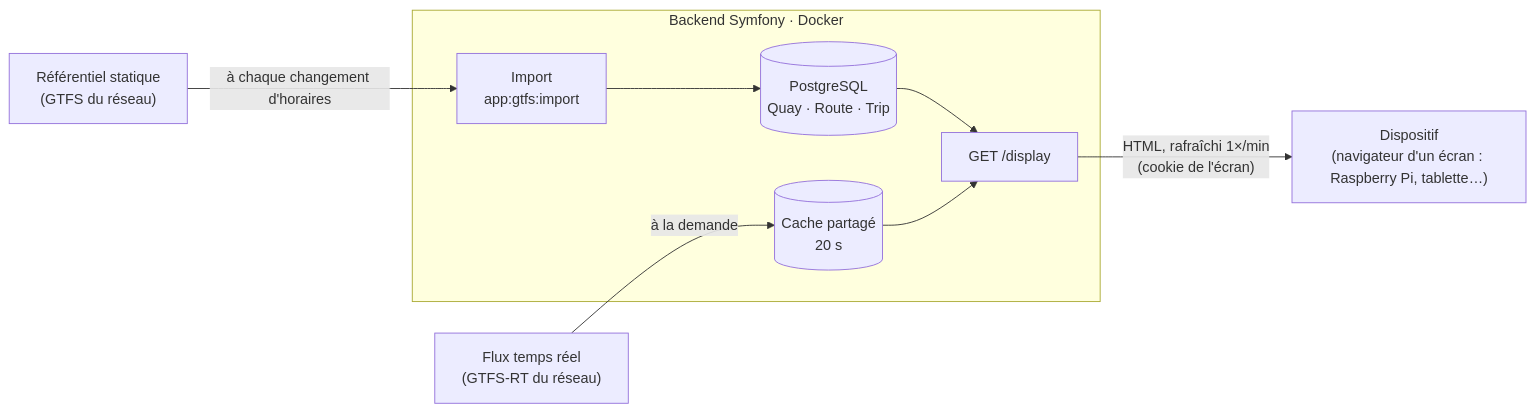
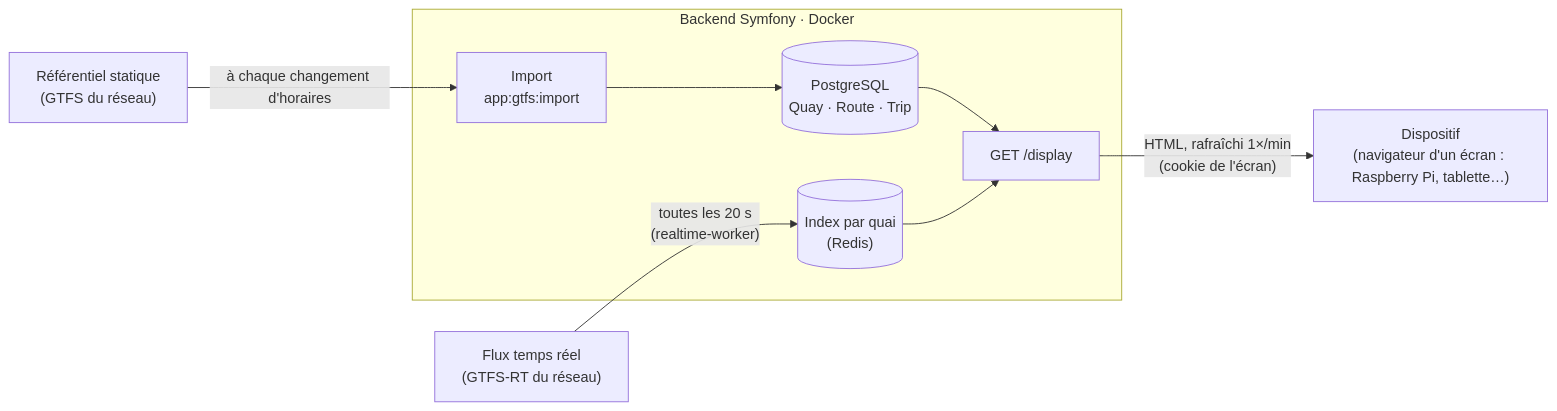
One commit to v-gael/Stopcast changed the diagram in README.md. Above: the diagram before and after it, drawn with Mermaid. The commit also changed other lines of this file and 2 other files, not shown here.

Commit message:
fix(home): describe the current display architecture on the landing page
The landing page still described the JSON API and the separate display
client that ADR 0008 replaced. The GitHub button no longer mentions an
API, the screen reader caption names the display page, and the demo GIF
is the one from the README, showing the current /display page.

The realtime step and the README diagram now say what the code does:
realtime-worker refreshes a per-quay index every 20 seconds, and the
display only reads it.

````diff
--- a/README.md
+++ b/README.md
@@ -29,13 +29,13 @@
 ```mermaid
 flowchart LR
     ST["Référentiel statique<br/>(GTFS du réseau)"]
     RT["Flux temps réel<br/>(GTFS-RT du réseau)"]
     subgraph Back["Backend Symfony · Docker"]
         I["Import<br/>app:gtfs:import"] --> DB[("PostgreSQL<br/>Quay · Route · Trip")]
         DB --> A["GET /display"]
-        C[("Cache partagé<br/>20 s")] --> A
+        C[("Index par quai<br/>(Redis)")] --> A
     end
     ST -- "à chaque changement d'horaires" --> I
-    RT -- "à la demande" --> C
+    RT -- "toutes les 20 s<br/>(realtime-worker)" --> C
     A -- "HTML, rafraîchi 1×/min<br/>(cookie de l'écran)" --> D["Dispositif<br/>(navigateur d'un écran : Raspberry Pi, tablette…)"]
 ```
````
